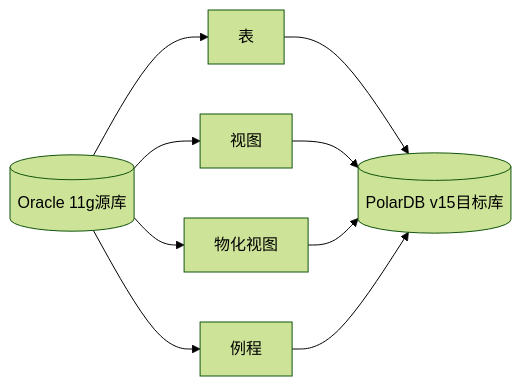
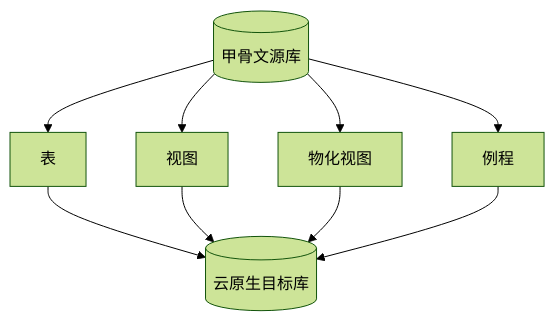
One commit to hayratjan/oracle2polardb_pg changed the diagram in reamd.md. Above: the diagram before and after it, drawn with Mermaid (forest theme). The commit also changed other lines of this file and 1 other file, not shown here.

First line of the commit message:
fix: 修复 Mermaid 10.9.3 语法并中文化图表与 Logo 布局

````diff
--- a/reamd.md
+++ b/reamd.md
@@ -78,13 +73,13 @@
 ```mermaid
-flowchart LR
-  O[("Oracle 11g源库")]
-  P[("PolarDB v15目标库")]
+flowchart TB
+  O[(甲骨文源库)]
+  P[(云原生目标库)]
   O --> T["表"]
   O --> V["视图"]
   O --> MV["物化视图"]
   O --> R["例程"]
   T --> P
   V --> P
   MV --> P
   R --> P
 ```
````
